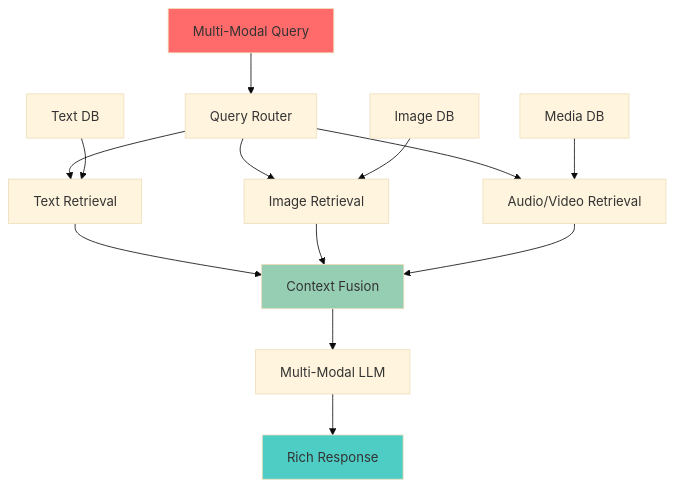
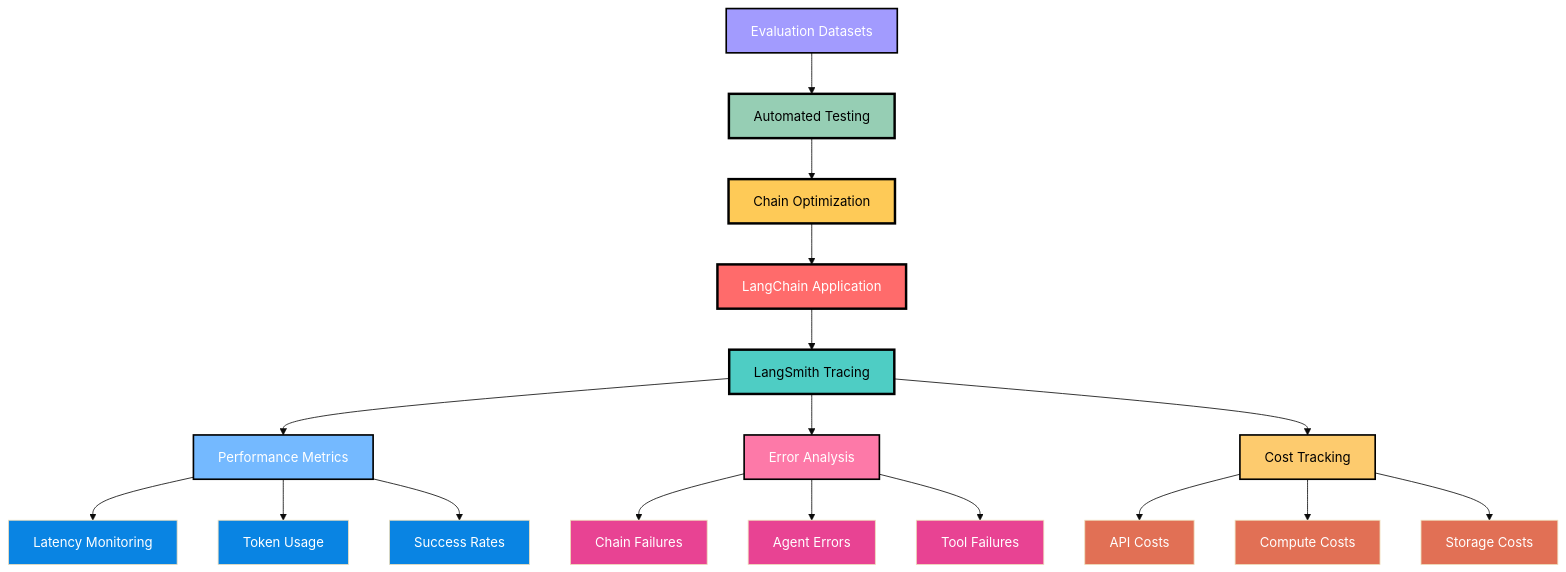
The fifth of 10 diagrams in AI resources.md (MicrosoftStudentChapter/Tech-Resources), drawn with Mermaid (base theme) before and after one commit. The commit also changed other lines of this file, not shown here.

````diff
--- a/AI resources.md
+++ b/AI resources.md
@@ -401,21 +502,44 @@
 ```mermaid
 graph TD
-    A[Multi-Modal Query] --> B[Query Router]
-    B --> C[Text Retrieval]
-    B --> D[Image Retrieval]
-    B --> E[Audio/Video Retrieval]
+    A[LangChain Application] --> B[LangSmith Tracing]
+    B --> C[Performance Metrics]
+    B --> D[Error Analysis]
+    B --> E[Cost Tracking]
     
-    C --> F[Context Fusion]
-    D --> F
-    E --> F
-    F --> G[Multi-Modal LLM]
-    G --> H[Rich Response]
+    C --> C1[Latency Monitoring]
+    C --> C2[Token Usage]
+    C --> C3[Success Rates]
     
-    I[Text DB] --> C
-    J[Image DB] --> D
-    K[Media DB] --> E
+    D --> D1[Chain Failures]
+    D --> D2[Agent Errors]
+    D --> D3[Tool Failures]
     
-    style A fill:#ff6b6b
-    style H fill:#4ecdc4
-    style F fill:#96ceb4
+    E --> E1[API Costs]
+    E --> E2[Compute Costs]
+    E --> E3[Storage Costs]
+    
+    F[Evaluation Datasets] --> G[Automated Testing]
+    G --> H[Chain Optimization]
+    H --> A
+    
+    style A fill:#ff6b6b,stroke:#000,stroke-width:3px,color:#fff
+    style B fill:#4ecdc4,stroke:#000,stroke-width:3px,color:#000
+    style C fill:#74b9ff,stroke:#000,stroke-width:2px,color:#fff
+    style D fill:#fd79a8,stroke:#000,stroke-width:2px,color:#fff
+    style E fill:#fdcb6e,stroke:#000,stroke-width:2px,color:#000
+    style F fill:#a29bfe,stroke:#000,stroke-width:2px,color:#fff
+    style G fill:#96ceb4,stroke:#000,stroke-width:3px,color:#000
+    style H fill:#feca57,stroke:#000,stroke-width:3px,color:#000
+    
+    style C1 fill:#0984e3,color:#fff
+    style C2 fill:#0984e3,color:#fff
+    style C3 fill:#0984e3,color:#fff
+    
+    style D1 fill:#e84393,color:#fff
+    style D2 fill:#e84393,color:#fff
+    style D3 fill:#e84393,color:#fff
+    
+    style E1 fill:#e17055,color:#fff
+    style E2 fill:#e17055,color:#fff
+    style E3 fill:#e17055,color:#fff
 ```
````
